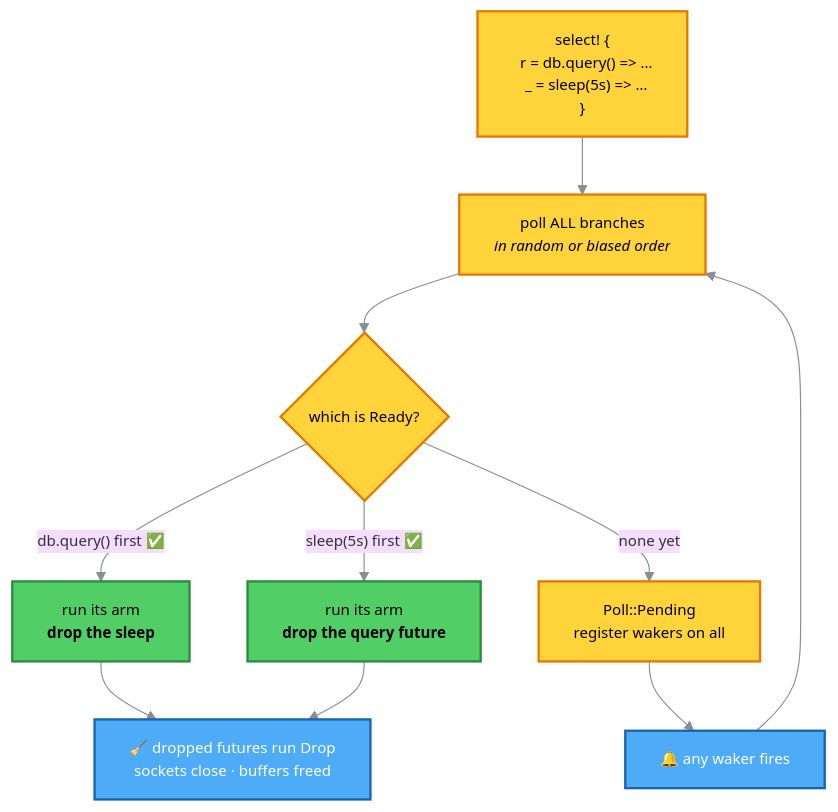
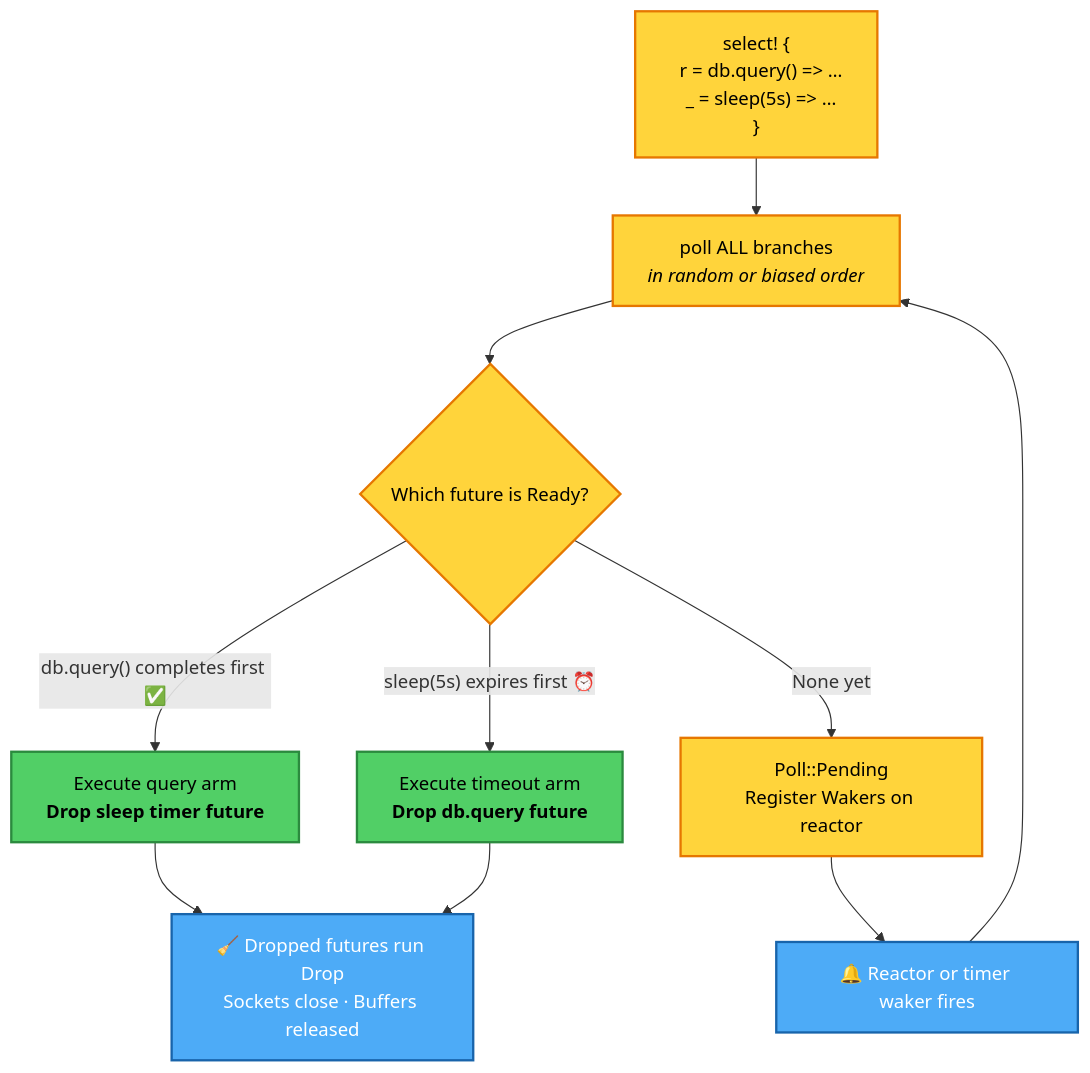
The first of 3 diagrams in readme.md (sks006/Visual-Tokio), drawn with Mermaid before and after one commit. The commit also changed other lines of this file and 48 other files, not shown here.

````diff
--- a/readme.md
+++ b/readme.md
@@ -54,22 +79,20 @@
 ```mermaid
-%%{init: {'theme':'base','themeVariables':{'fontSize':'13px','lineColor':'#868e96'}}}%%
 flowchart TD
     START["select! {<br/>&nbsp;&nbsp;r = db.query() => …<br/>&nbsp;&nbsp;_ = sleep(5s) => …<br/>}"] --> POLL["poll ALL branches<br/><i>in random or biased order</i>"]
-    POLL --> Q1{"which is Ready?"}
-    Q1 -->|"db.query() first ✅"| WIN["run its arm<br/><b>drop the sleep</b>"]
-    Q1 -->|"sleep(5s) first ✅"| TIMEOUT["run its arm<br/><b>drop the query future</b>"]
-    Q1 -->|"none yet"| PEND["Poll::Pending<br/>register wakers on all"]
-    PEND --> WAKE["🔔 any waker fires"]
+    POLL --> Q1{"Which future is Ready?"}
+    Q1 -->|"db.query() completes first ✅"| WIN["Execute query arm<br/><b>Drop sleep timer future</b>"]
+    Q1 -->|"sleep(5s) expires first ⏰"| TIMEOUT["Execute timeout arm<br/><b>Drop db.query future</b>"]
+    Q1 -->|"None yet"| PEND["Poll::Pending<br/>Register Wakers on reactor"]
+    PEND --> WAKE["🔔 Reactor or timer waker fires"]
     WAKE --> POLL
 
-    WIN --> CLEAN["🧹 dropped futures run Drop<br/>sockets close · buffers freed"]
+    WIN --> CLEAN["🧹 Dropped futures run Drop<br/>Sockets close · Buffers released"]
     TIMEOUT --> CLEAN
 
     classDef m fill:#ffd43b,stroke:#e67700,stroke-width:2px,color:#000
     classDef w fill:#51cf66,stroke:#2b8a3e,stroke-width:2px,color:#000
     classDef c fill:#4dabf7,stroke:#1864ab,stroke-width:2px,color:#fff
-
     class START,POLL,Q1,PEND m
     class WIN,TIMEOUT w
     class WAKE,CLEAN c
 ```
````
